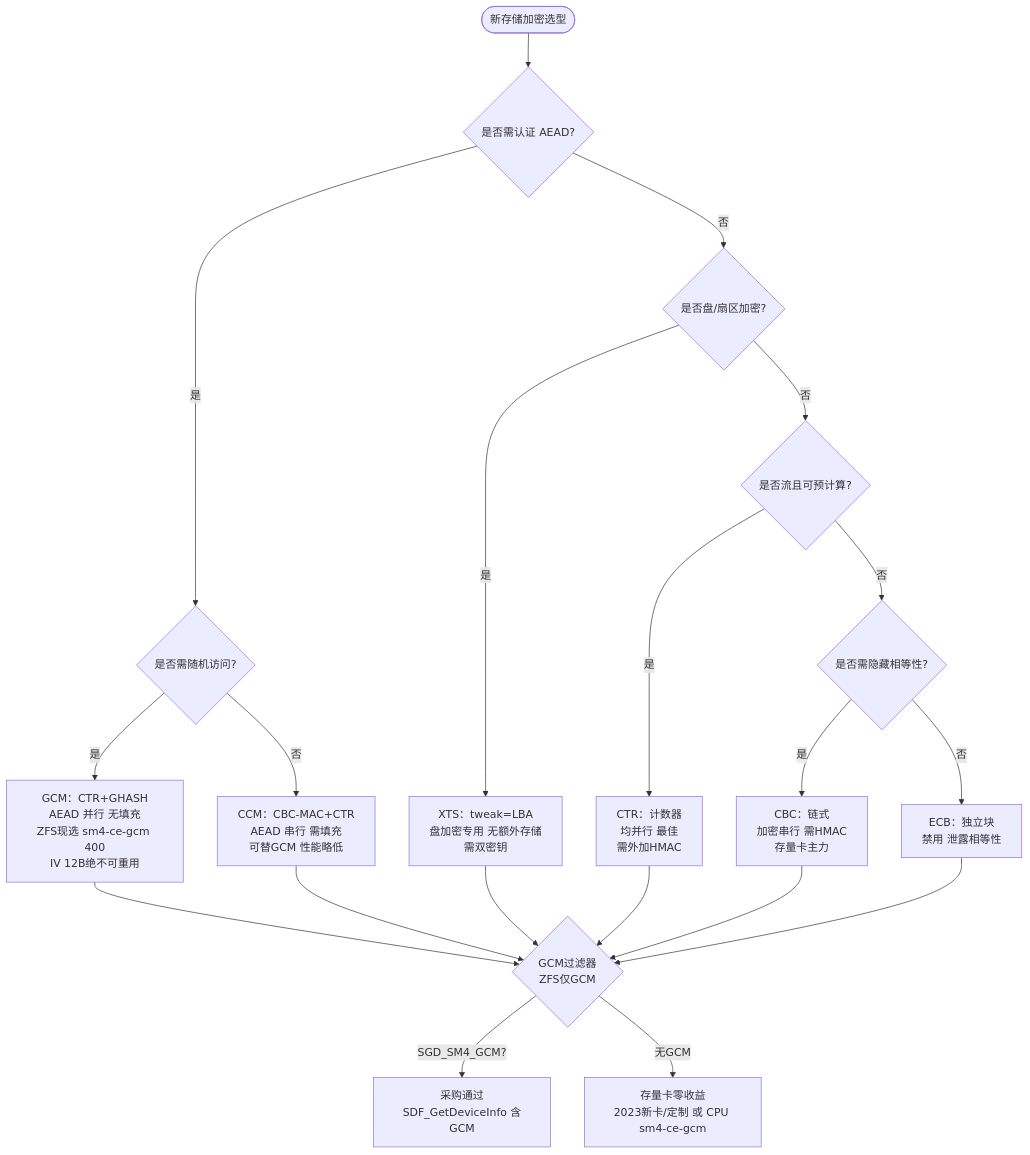
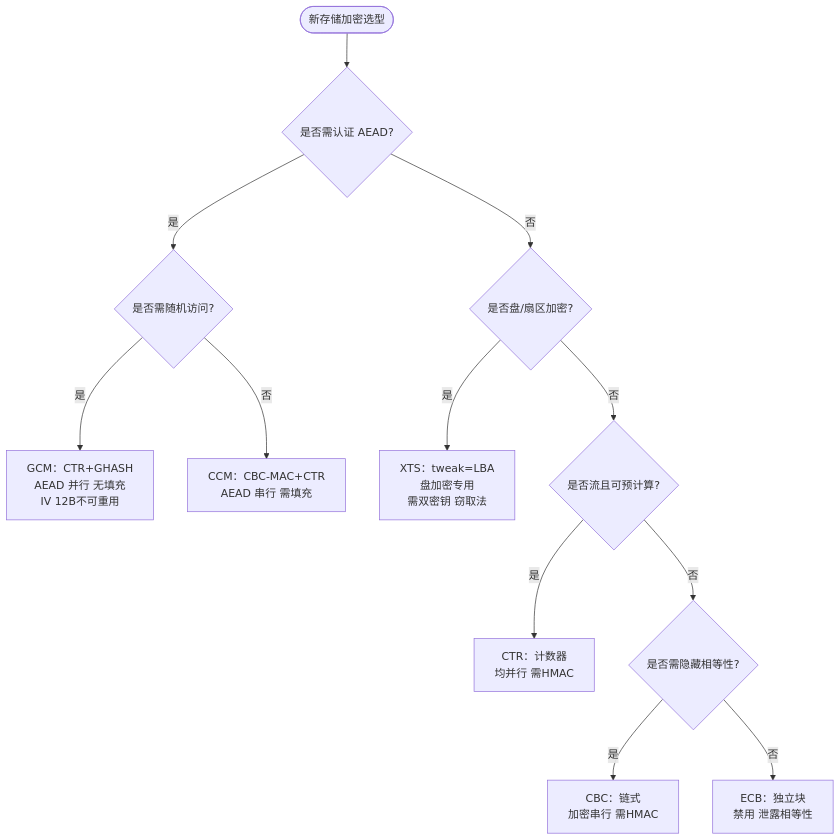
One commit to MyBlackHole/pdca-workflow changed the diagram in ontology/pattern/gm-symmetric-modes.md. Above: the diagram before and after it, drawn with Mermaid. The commit also changed other lines of this file and 1 other file, not shown here.

````diff
--- a/ontology/pattern/gm-symmetric-modes.md
+++ b/ontology/pattern/gm-symmetric-modes.md
@@ -33,23 +40,14 @@
 ```mermaid
 flowchart TD
     START([新存储加密选型]) --> Q0{是否需认证 AEAD?}
     Q0 -- 是 --> Q1{是否需随机访问?}
-    Q1 -- 是 --> GCM[GCM：CTR+GHASH<br/>AEAD 并行 无填充<br/>ZFS现选 sm4-ce-gcm 400<br/>IV 12B绝不可重用]
-    Q1 -- 否 --> CCM[CCM：CBC-MAC+CTR<br/>AEAD 串行 需填充<br/>可替GCM 性能略低]
+    Q1 -- 是 --> GCM[GCM：CTR+GHASH<br/>AEAD 并行 无填充<br/>IV 12B不可重用]
+    Q1 -- 否 --> CCM[CCM：CBC-MAC+CTR<br/>AEAD 串行 需填充]
     Q0 -- 否 --> Q2{是否盘/扇区加密?}
-    Q2 -- 是 --> XTS[XTS：tweak=LBA<br/>盘加密专用 无额外存储<br/>需双密钥]
+    Q2 -- 是 --> XTS[XTS：tweak=LBA<br/>盘加密专用<br/>需双密钥 窃取法]
     Q2 -- 否 --> Q3{是否流且可预计算?}
-    Q3 -- 是 --> CTR[CTR：计数器<br/>均并行 最佳<br/>需外加HMAC]
+    Q3 -- 是 --> CTR[CTR：计数器<br/>均并行 需HMAC]
     Q3 -- 否 --> Q4{是否需隐藏相等性?}
-    Q4 -- 是 --> CBC[CBC：链式<br/>加密串行 需HMAC<br/>存量卡主力]
+    Q4 -- 是 --> CBC[CBC：链式<br/>加密串行 需HMAC]
     Q4 -- 否 --> ECB[ECB：独立块<br/>禁用 泄露相等性]
-
-    GCM --> FILT{GCM过滤器<br/>ZFS仅GCM}
-    CCM --> FILT
-    XTS --> FILT
-    CTR --> FILT
-    CBC --> FILT
-    ECB --> FILT
-    FILT -- SGD_SM4_GCM? --> PASS[采购通过<br/>SDF_GetDeviceInfo 含GCM]
-    FILT -- 无GCM --> FAIL[存量卡零收益<br/>2023新卡/定制 或 CPU sm4-ce-gcm]
 ```
````
